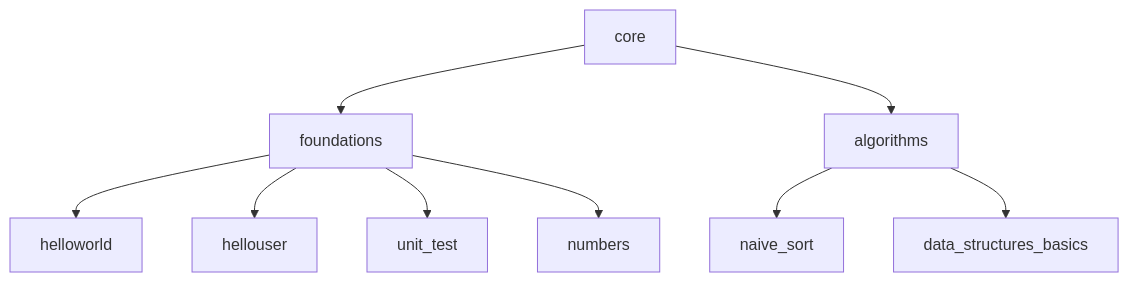
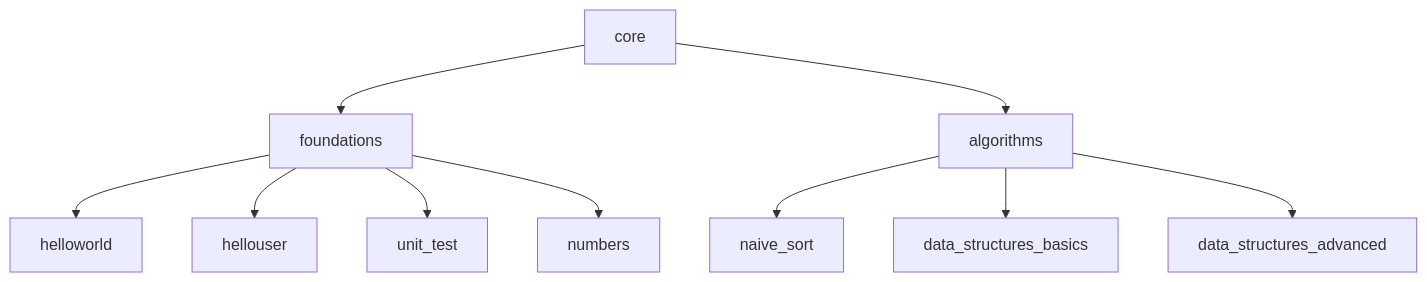
One commit to yorche3/elm changed the diagram in core/README.md. Above: the diagram before and after it, drawn with Mermaid. The commit also changed other lines of this file and 2 other files, not shown here.

Commit message:
docs(algorithms): update indexes and language README

````diff
--- a/core/README.md
+++ b/core/README.md
@@ -22,11 +22,12 @@
 ```mermaid
 graph TD
     core --> foundations
     core --> algorithms
     foundations --> helloworld
     foundations --> hellouser
     foundations --> unit_test
     foundations --> numbers
     algorithms --> naive_sort
     algorithms --> data_structures_basics
+    algorithms --> data_structures_advanced
 ```
````
